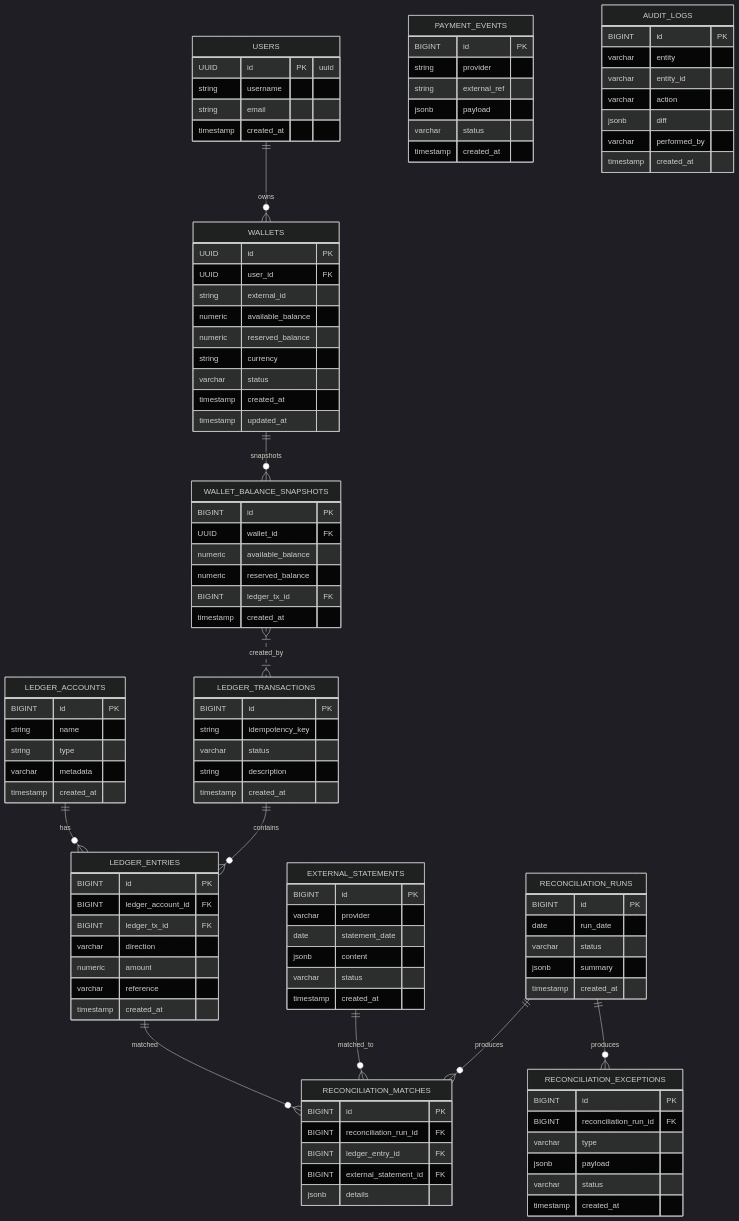
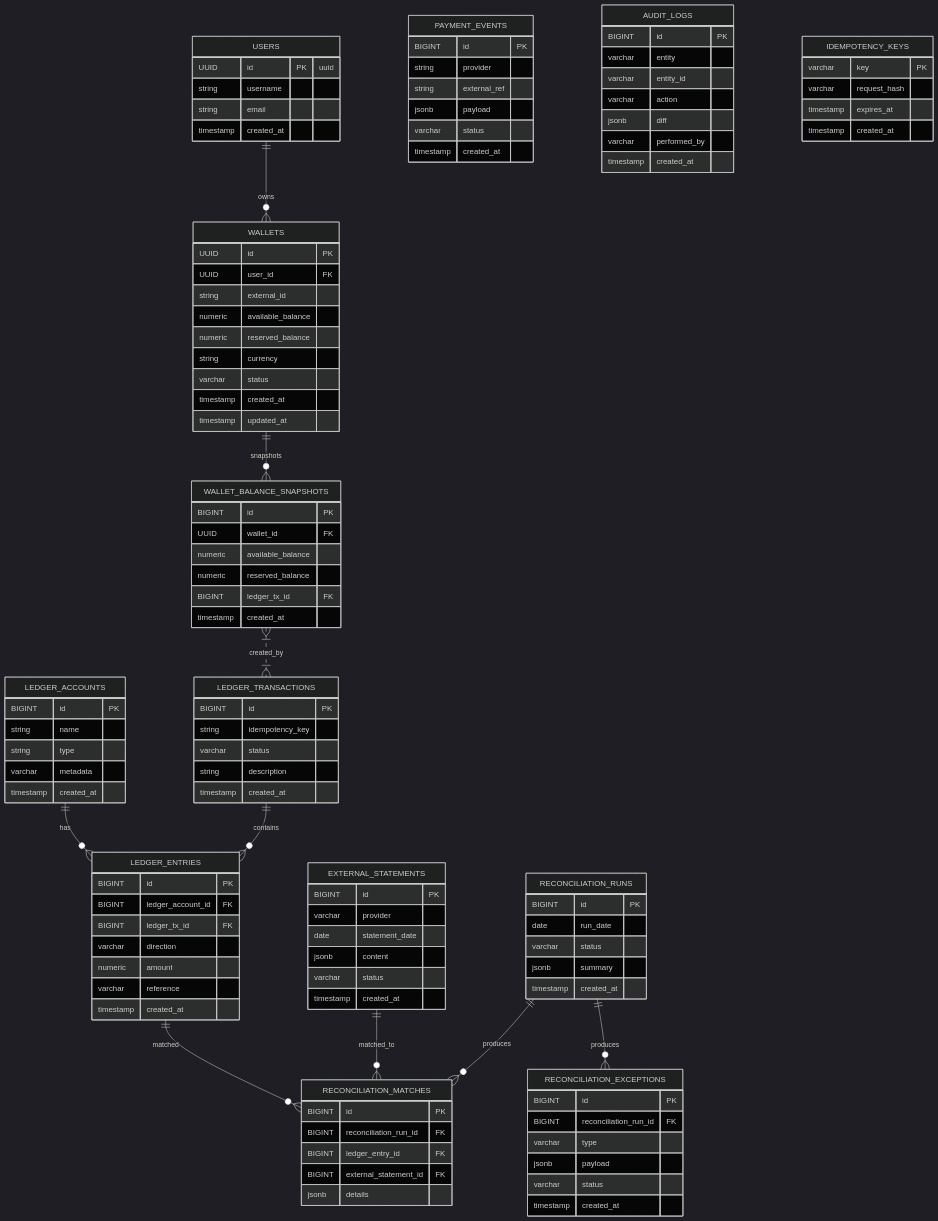
One commit to nayud21/wallet-ledger-system changed the diagram in docs/ERD_AND_PLAN.md. Above: the diagram before and after it, drawn with Mermaid (dark theme). The commit also changed other lines of this file and 10 other files, not shown here.

Commit message:
feat: implement dedicated idempotency keys table and refactor related services for improved request deduplication

```diff
--- a/docs/ERD_AND_PLAN.md
+++ b/docs/ERD_AND_PLAN.md
@@ -121,6 +121,13 @@
         timestamp created_at
     }
 
+    IDEMPOTENCY_KEYS {
+        varchar key PK
+        varchar request_hash
+        timestamp expires_at
+        timestamp created_at
+    }
+
     USERS ||--o{ WALLETS : "owns"
     WALLETS ||--o{ WALLET_BALANCE_SNAPSHOTS : "snapshots"
     LEDGER_TRANSACTIONS ||--o{ LEDGER_ENTRIES : "contains"
```
